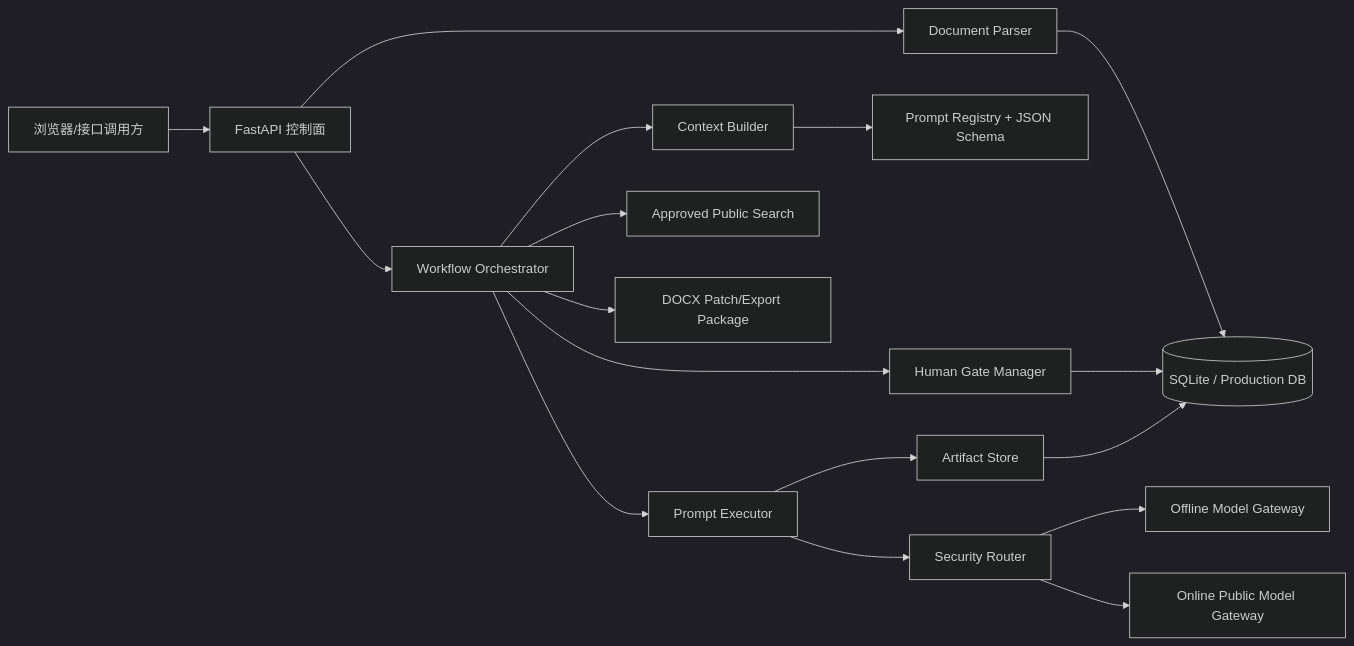
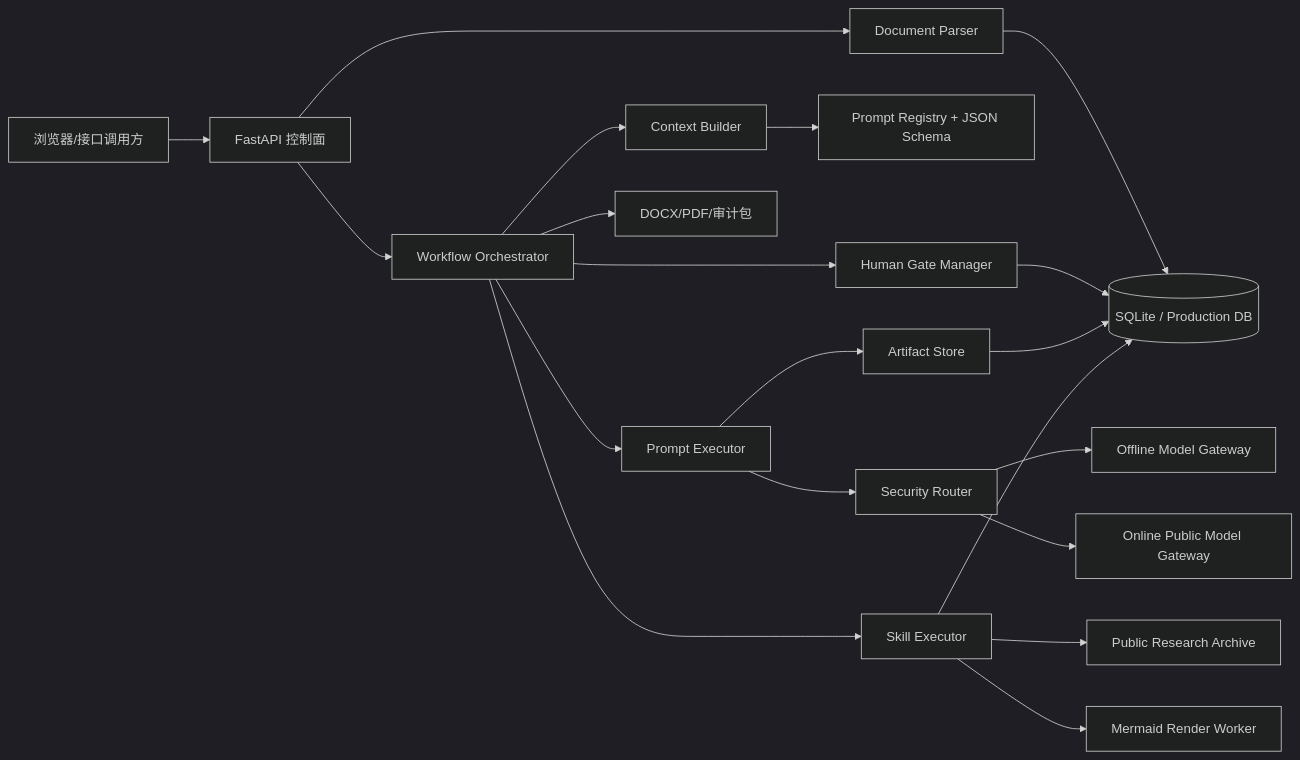
One commit to GGBOND121382/proposal_agent_system changed the first of 4 diagrams in SYSTEM_DESIGN.md. Above: the diagram before and after it, drawn with Mermaid (dark theme). The commit also changed other lines of this file and 74 other files, not shown here.

Commit message:
add offline deployment, research archive, and Mermaid skills

````diff
--- a/SYSTEM_DESIGN.md
+++ b/SYSTEM_DESIGN.md
@@ -5,19 +5,22 @@
 ```mermaid
 flowchart LR
     U[浏览器/接口调用方] --> API[FastAPI 控制面]
     API --> ORCH[Workflow Orchestrator]
     API --> DOC[Document Parser]
     ORCH --> CTX[Context Builder]
     CTX --> REG[Prompt Registry + JSON Schema]
     ORCH --> GATE[Human Gate Manager]
     ORCH --> EXEC[Prompt Executor]
     EXEC --> ROUTER[Security Router]
     ROUTER --> OFF[Offline Model Gateway]
     ROUTER --> ON[Online Public Model Gateway]
-    ORCH --> SEARCH[Approved Public Search]
+    ORCH --> SKILL[Skill Executor]
+    SKILL --> RS[Public Research Archive]
+    SKILL --> MS[Mermaid Render Worker]
     EXEC --> ART[Artifact Store]
     DOC --> DB[(SQLite / Production DB)]
     GATE --> DB
     ART --> DB
-    ORCH --> EXPORT[DOCX Patch/Export Package]
+    SKILL --> DB
+    ORCH --> EXPORT[DOCX/PDF/审计包]
 ```
````
